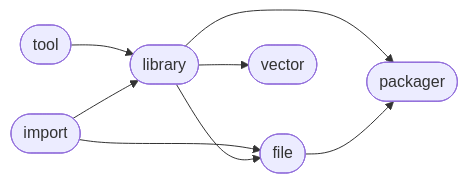
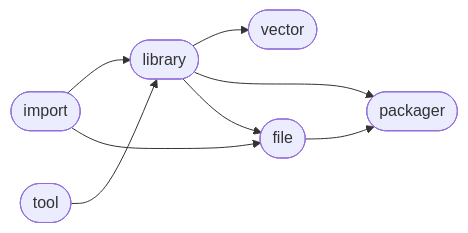
The diagram in README.md (Mandera/Mandera), drawn with Mermaid before and after one commit. The commit also changed other lines of this file, not shown here.

````diff
--- a/README.md
+++ b/README.md
@@ -6,16 +6,16 @@
 ```mermaid
 flowchart LR
-2([library]) --> 5([packager])
+3([file]) --> 5([packager])
 1([tool]) --> 2([library])
 2([library]) --> 4([vector])
+0([import]) --> 2([library])
+2([library]) --> 5([packager])
+2([library]) --> 3([file])
 0([import]) --> 3([file])
-2([library]) --> 3([file])
-3([file]) --> 5([packager])
-0([import]) --> 2([library])
 click 0 "https://github.com/ManderaGeneral/generalimport"
 click 1 "https://github.com/ManderaGeneral/generaltool"
 click 2 "https://github.com/ManderaGeneral/generallibrary"
 click 3 "https://github.com/ManderaGeneral/generalfile"
 click 4 "https://github.com/ManderaGeneral/generalvector"
 click 5 "https://github.com/ManderaGeneral/generalpackager"
 ```
````
